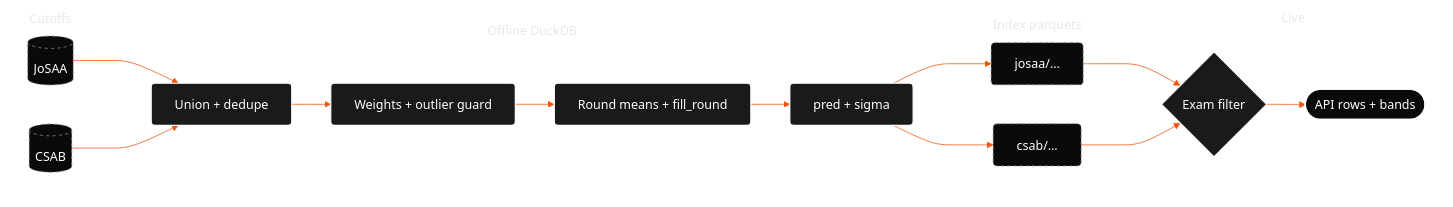
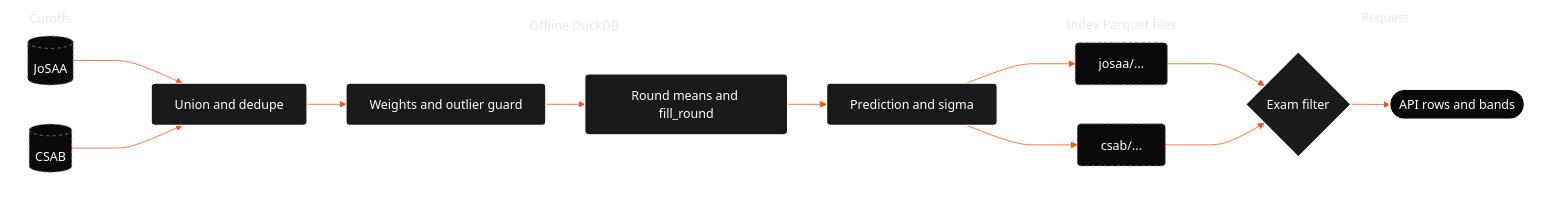
Before and after one commit to kewonit/deetnuts: the diagram in ejam/docs/college-predictor/nerd-stuff/index-algorithms.md, drawn with Mermaid. The commit also changed other lines of this file and 22 other files, not shown here.

````diff
--- a/ejam/docs/college-predictor/nerd-stuff/index-algorithms.md
+++ b/ejam/docs/college-predictor/nerd-stuff/index-algorithms.md
@@ -14,38 +14,38 @@
 ```mermaid
 %%{init: {'theme': 'base', 'themeVariables': { 'primaryColor': '#0A0A0A', 'primaryTextColor': '#FFFFFF', 'primaryBorderColor': '#FFFFFF', 'lineColor': '#F45611', 'nodeBorder': '#FFFFFF', 'mainBkg': '#0A0A0A', 'edgeLabelBackground': 'transparent', 'clusterBkg': 'transparent', 'clusterBorder': 'transparent'}}}%%
 flowchart LR
     classDef data fill:#0A0A0A,stroke:#888,stroke-width:1px,stroke-dasharray: 4 4,color:#FFF,rx:5px,ry:5px;
     classDef engine fill:#1A1A1A,stroke:#FFF,stroke-width:1.5px,color:#FFF,rx:5px,ry:5px;
     classDef out fill:#0A0A0A,stroke:#FFF,stroke-width:2px,color:#FFF,rx:15px,ry:15px;
 
     subgraph Sources [ Cutoffs ]
         J[(JoSAA)]:::data
         C[(CSAB)]:::data
     end
 
     subgraph Build [ Offline DuckDB ]
-        U[Union + dedupe]:::engine
-        W[Weights + outlier guard]:::engine
-        R[Round means + fill_round]:::engine
-        P[pred + sigma]:::engine
+        U[Union and dedupe]:::engine
+        W[Weights and outlier guard]:::engine
+        R[Round means and fill_round]:::engine
+        P[Prediction and sigma]:::engine
         U --> W --> R --> P
     end
 
-    subgraph Index [ Index parquets ]
-        I1[josaa/…]:::data
-        I2[csab/…]:::data
+    subgraph Index [ Index Parquet files ]
+        I1[josaa/...]:::data
+        I2[csab/...]:::data
     end
 
-    subgraph Live [ Live ]
+    subgraph Live [ Request ]
         F{Exam filter}:::engine
-        Out([API rows + bands]):::out
+        Out([API rows and bands]):::out
     end
 
     J --> U
     C --> U
     P --> I1
     P --> I2
     I1 --> F
     I2 --> F
     F --> Out
 ```
````
